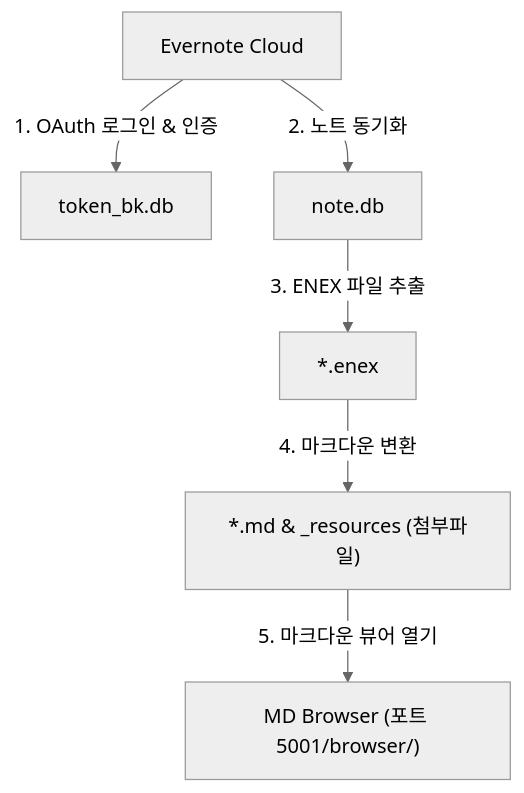
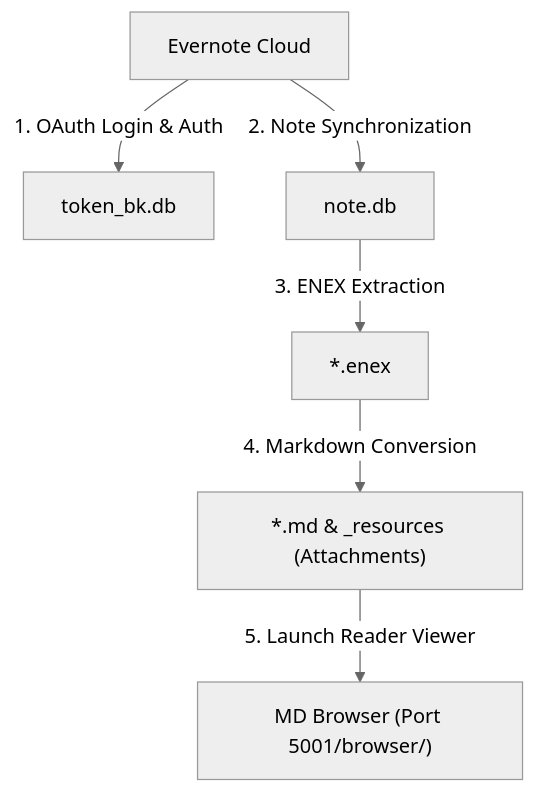
Before and after one commit to wangsung/EvBackup: the diagram in README.md, drawn with Mermaid (neutral theme). The commit also changed other lines of this file and 5 other files, not shown here.

````diff
--- a/README.md
+++ b/README.md
@@ -9,8 +11,8 @@
 ```mermaid
 graph TD
-    A["Evernote Cloud"] -- "1. OAuth 로그인 & 인증" --> B["token_bk.db"]
-    A -- "2. 노트 동기화" --> C["note.db"]
-    C -- "3. ENEX 파일 추출" --> D["*.enex"]
-    D -- "4. 마크다운 변환" --> E["*.md & _resources (첨부파일)"]
-    E -- "5. 마크다운 뷰어 열기" --> F["MD Browser (포트 5001/browser/)"]
+    A["Evernote Cloud"] -- "1. OAuth Login & Auth" --> B["token_bk.db"]
+    A -- "2. Note Synchronization" --> C["note.db"]
+    C -- "3. ENEX Extraction" --> D["*.enex"]
+    D -- "4. Markdown Conversion" --> E["*.md & _resources (Attachments)"]
+    E -- "5. Launch Reader Viewer" --> F["MD Browser (Port 5001/browser/)"]
 ```
````
